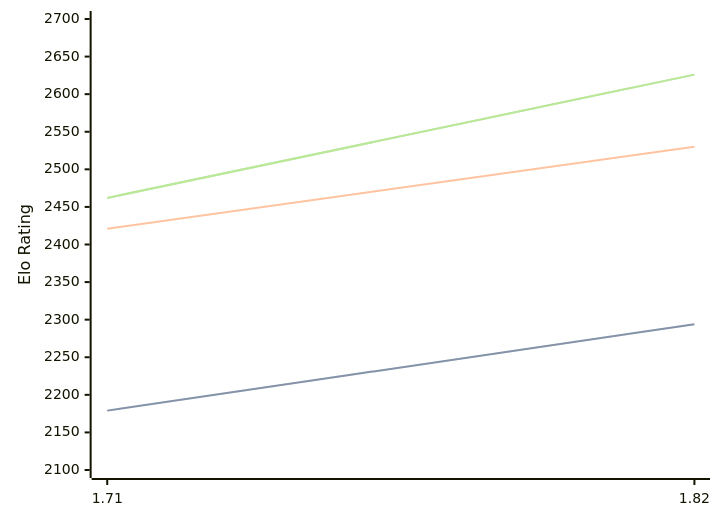
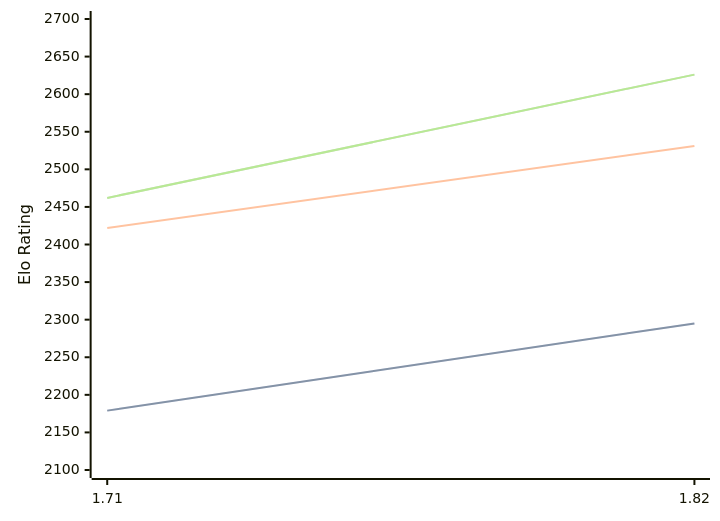
Before and after one commit to computer-chess-index/cci: the first of 3 diagrams in engines/Amira.md, drawn with Mermaid. The commit also changed other lines of this file, not shown here.

````diff
--- a/engines/Amira.md
+++ b/engines/Amira.md
@@ -35,11 +35,11 @@
 ```mermaid
 %%{init: {"theme":"base","themeVariables":{"seriesColors:['#a3a3a3','#222221','#faa371']}}}%%
 xychart-beta
   x-axis ["1.71", "1.82"]
   y-axis "Elo Rating" 2100 --> 2700
-  line "STC (8.0+0.08s)" [2179, 2294]
-  line "STC (8.0+0.08s)" [2179, 2294]
-  line "LTC (60.0+0.60s)" [2421, 2530]
+  line "STC (8.0+0.08s)" [2179, 2295]
+  line "STC (8.0+0.08s)" [2179, 2295]
+  line "LTC (60.0+0.60s)" [2422, 2531]
   line "VLTC (2m24s+1.12s)" [2462, 2626]
   line "VLTC (2m24s+1.12s)" [2462, 2626]
 ```
````
